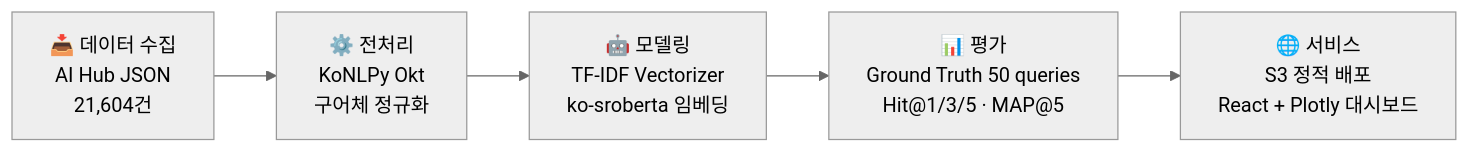
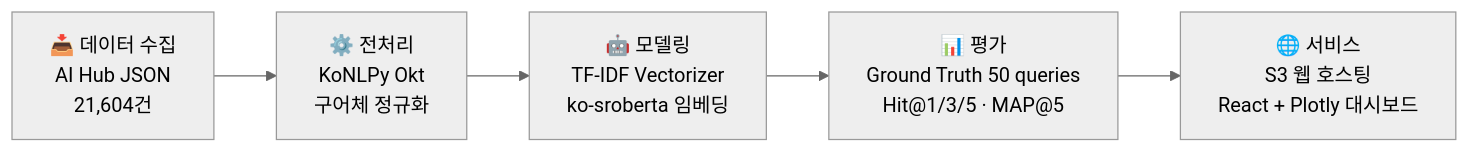
The first of 2 diagrams in README.md (alicesworld88-debug/pet-health-ai), drawn with Mermaid (neutral theme) before and after one commit. The commit also changed other lines of this file, not shown here.

````diff
--- a/README.md
+++ b/README.md
@@ -61,7 +60,7 @@
 ```mermaid
 flowchart LR
     A["📥 데이터 수집\nAI Hub JSON\n21,604건"] --> B["⚙️ 전처리\nKoNLPy Okt\n구어체 정규화"]
     B --> C["🤖 모델링\nTF-IDF Vectorizer\nko-sroberta 임베딩"]
     C --> D["📊 평가\nGround Truth 50 queries\nHit@1/3/5 · MAP@5"]
-    D --> E["🌐 서비스\nS3 정적 배포\nReact + Plotly 대시보드"]
+    D --> E["🌐 서비스\nS3 웹 호스팅\nReact + Plotly 대시보드"]
 ```
````
